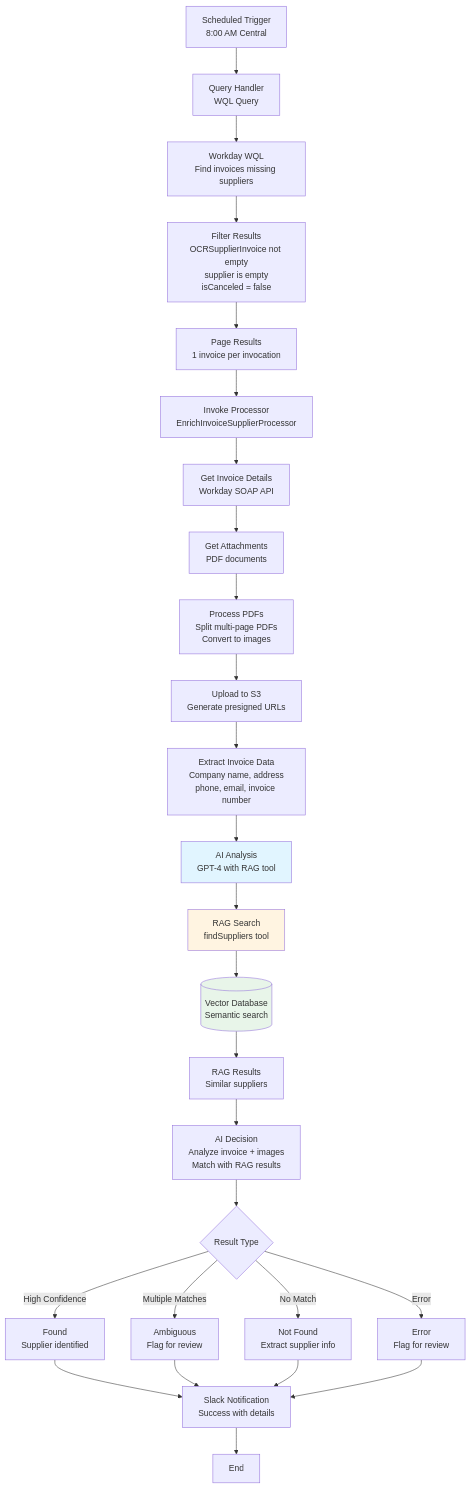
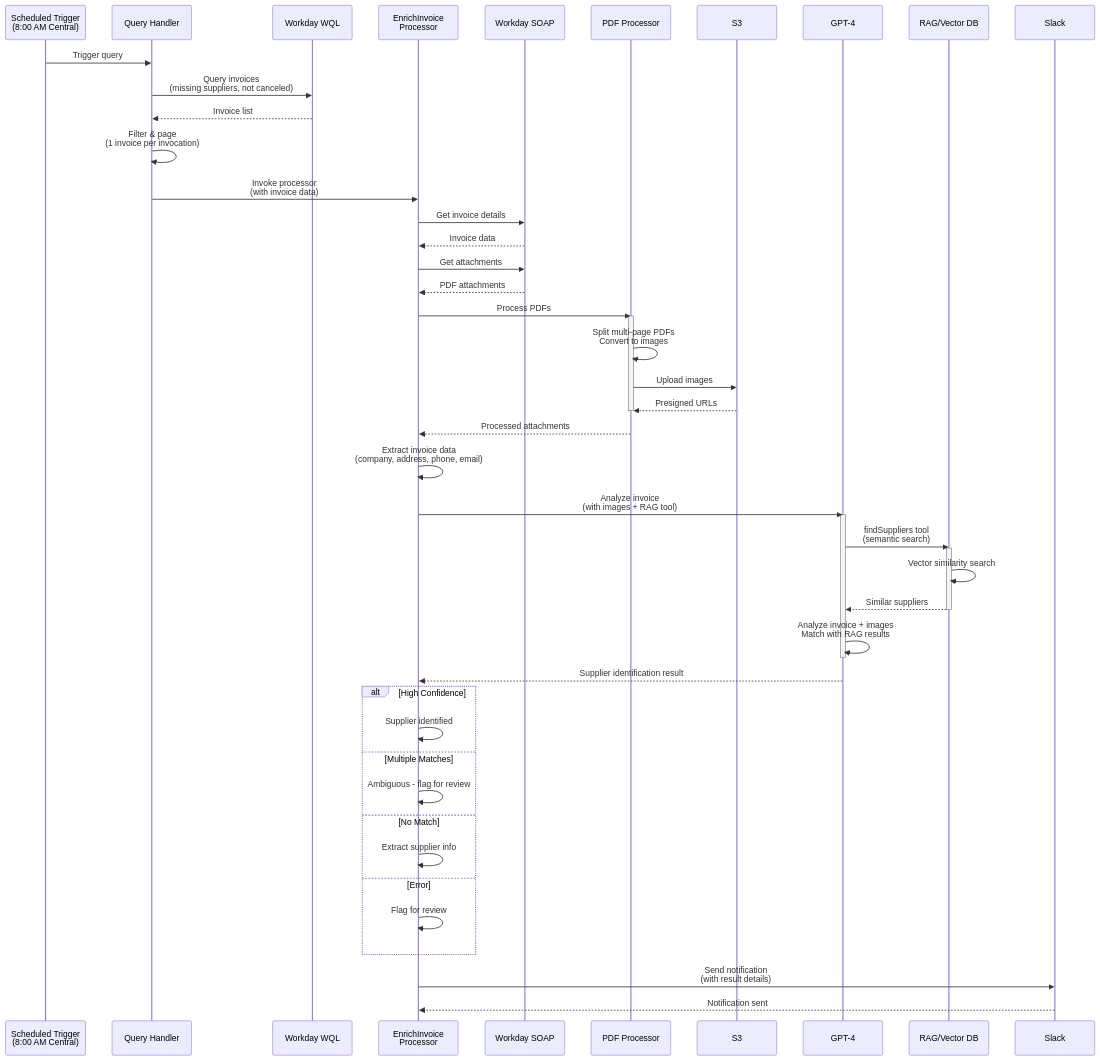
The third of 6 diagrams in README.md (pgahq/finance-agent), drawn with Mermaid before and after one commit. The commit also changed other lines of this file, not shown here.

Commit message:
conver to sequence

````diff
--- a/README.md
+++ b/README.md
@@ -302,44 +305,59 @@
 ```mermaid
-flowchart TD
-    START[Scheduled Trigger<br/>8:00 AM Central] --> QUERY_HANDLER[Query Handler<br/>WQL Query]
+sequenceDiagram
+    participant Scheduler as Scheduled Trigger<br/>(8:00 AM Central)
+    participant QueryHandler as Query Handler
+    participant WorkdayWQL as Workday WQL
+    participant Processor as EnrichInvoice<br/>Processor
+    participant WorkdaySOAP as Workday SOAP
+    participant PDFProcessor as PDF Processor
+    participant S3
+    participant AI as GPT-4
+    participant RAG as RAG/Vector DB
+    participant Slack
     
-    QUERY_HANDLER --> WQL[Workday WQL<br/>Find invoices missing suppliers]
-    WQL --> FILTER[Filter Results<br/>OCRSupplierInvoice not empty<br/>supplier is empty<br/>isCanceled = false]
+    Scheduler->>QueryHandler: Trigger query
+    QueryHandler->>WorkdayWQL: Query invoices<br/>(missing suppliers, not canceled)
+    WorkdayWQL-->>QueryHandler: Invoice list
+    QueryHandler->>QueryHandler: Filter & page<br/>(1 invoice per invocation)
+    QueryHandler->>Processor: Invoke processor<br/>(with invoice data)
     
-    FILTER --> PAGE[Page Results<br/>1 invoice per invocation]
-    PAGE --> INVOKE_PROC[Invoke Processor<br/>EnrichInvoiceSupplierProcessor]
+    Processor->>WorkdaySOAP: Get invoice details
+    WorkdaySOAP-->>Processor: Invoice data
+    Processor->>WorkdaySOAP: Get attachments
+    WorkdaySOAP-->>Processor: PDF attachments
     
-    INVOKE_PROC --> GET_DETAILS[Get Invoice Details<br/>Workday SOAP API]
-    GET_DETAILS --> GET_ATTACH[Get Attachments<br/>PDF documents]
+    Processor->>PDFProcessor: Process PDFs
+    activate PDFProcessor
+    PDFProcessor->>PDFProcessor: Split multi-page PDFs<br/>Convert to images
+    PDFProcessor->>S3: Upload images
+    S3-->>PDFProcessor: Presigned URLs
+    deactivate PDFProcessor
+    PDFProcessor-->>Processor: Processed attachments
     
-    GET_ATTACH --> PROCESS_PDF[Process PDFs<br/>Split multi-page PDFs<br/>Convert to images]
-    PROCESS_PDF --> UPLOAD_S3[Upload to S3<br/>Generate presigned URLs]
+    Processor->>Processor: Extract invoice data<br/>(company, address, phone, email)
     
-    UPLOAD_S3 --> EXTRACT_DATA[Extract Invoice Data<br/>Company name, address<br/>phone, email, invoice number]
+    Processor->>AI: Analyze invoice<br/>(with images + RAG tool)
+    activate AI
+    AI->>RAG: findSuppliers tool<br/>(semantic search)
+    activate RAG
+    RAG->>RAG: Vector similarity search
+    RAG-->>AI: Similar suppliers
+    deactivate RAG
     
-    EXTRACT_DATA --> AI_ANALYSIS[AI Analysis<br/>GPT-4 with RAG tool]
+    AI->>AI: Analyze invoice + images<br/>Match with RAG results
+    deactivate AI
+    AI-->>Processor: Supplier identification result
     
-    AI_ANALYSIS --> RAG_SEARCH[RAG Search<br/>findSuppliers tool]
-    RAG_SEARCH --> VECTOR_DB[(Vector Database<br/>Semantic search)]
-    VECTOR_DB --> RAG_RESULTS[RAG Results<br/>Similar suppliers]
+    alt High Confidence
+        Processor->>Processor: Supplier identified
+    else Multiple Matches
+        Processor->>Processor: Ambiguous - flag for review
+    else No Match
+        Processor->>Processor: Extract supplier info
+    else Error
+        Processor->>Processor: Flag for review
+    end
     
-    RAG_RESULTS --> AI_DECIDE[AI Decision<br/>Analyze invoice + images<br/>Match with RAG results]
-    
-    AI_DECIDE --> RESULT{Result Type}
-    
-    RESULT -->|High Confidence| FOUND[Found<br/>Supplier identified]
-    RESULT -->|Multiple Matches| AMBIGUOUS[Ambiguous<br/>Flag for review]
-    RESULT -->|No Match| NOT_FOUND[Not Found<br/>Extract supplier info]
-    RESULT -->|Error| ERROR[Error<br/>Flag for review]
-    
-    FOUND --> NOTIFY[Slack Notification<br/>Success with details]
-    AMBIGUOUS --> NOTIFY
-    NOT_FOUND --> NOTIFY
-    ERROR --> NOTIFY
-    
-    NOTIFY --> END[End]
-    
-    style AI_ANALYSIS fill:#e1f5ff
-    style RAG_SEARCH fill:#fff4e1
-    style VECTOR_DB fill:#e8f5e9
+    Processor->>Slack: Send notification<br/>(with result details)
+    Slack-->>Processor: Notification sent
 ```
````
